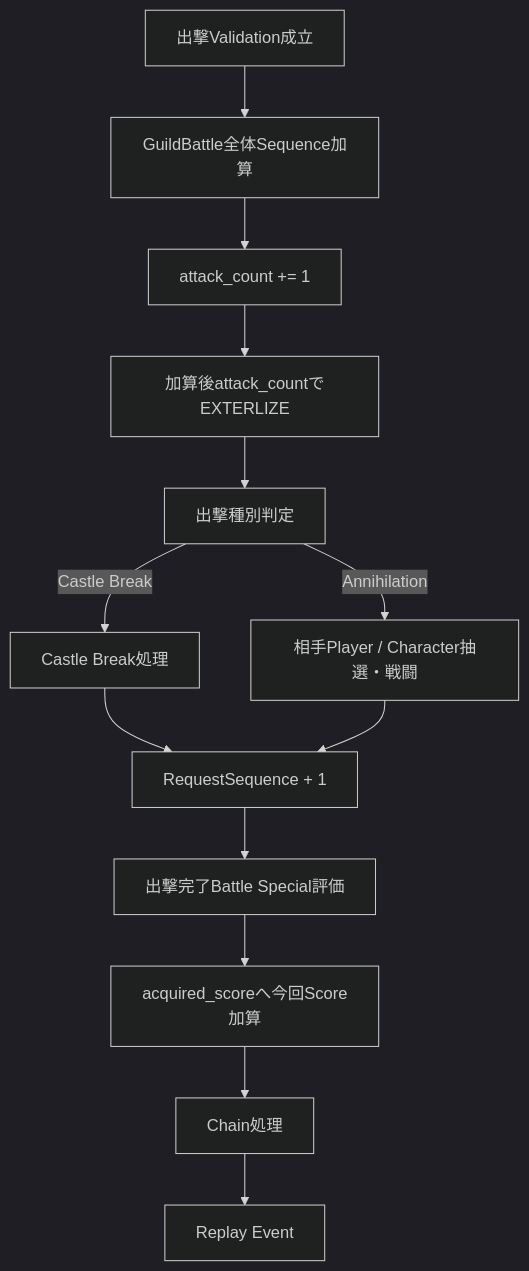
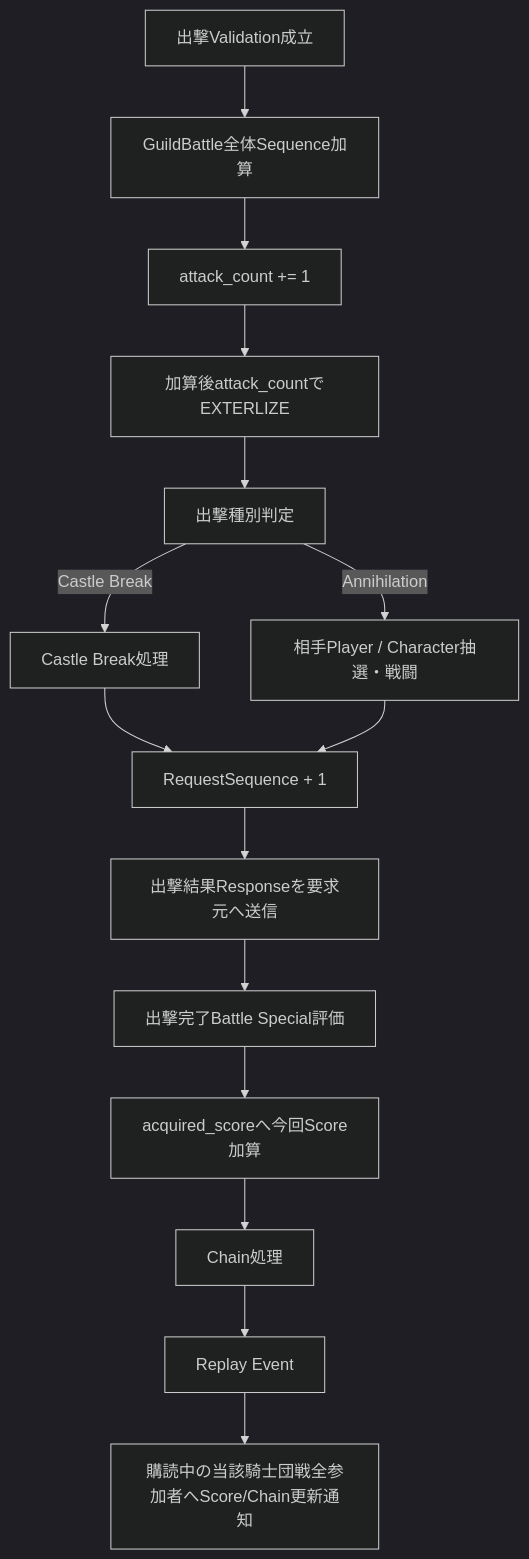
One commit to ReHydrangeaOdyssey/Specifications changed the third of 5 diagrams in design/programming/server/guild_battle_runtime.md. Above: the diagram before and after it, drawn with Mermaid (dark theme). The commit also changed other lines of this file and 16 other files, not shown here.

````diff
--- a/design/programming/server/guild_battle_runtime.md
+++ b/design/programming/server/guild_battle_runtime.md
@@ -133,15 +133,17 @@
 ```mermaid
 flowchart TD
     A[出撃Validation成立] --> S[GuildBattle全体Sequence加算]
     S --> AC[attack_count += 1]
     AC --> EX[加算後attack_countでEXTERLIZE]
     EX --> K[出撃種別判定]
     K -->|Castle Break| CB[Castle Break処理]
     K -->|Annihilation| T[相手Player / Character抽選・戦闘]
     CB --> RS[RequestSequence + 1]
     T --> RS
-    RS --> B[出撃完了Battle Special評価]
+    RS --> RESP[出撃結果Responseを要求元へ送信]
+    RESP --> B[出撃完了Battle Special評価]
     B --> SC[acquired_scoreへ今回Score加算]
     SC --> CH[Chain処理]
     CH --> RP[Replay Event]
+    RP --> N[購読中の当該騎士団戦全参加者へScore/Chain更新通知]
 ```
````
